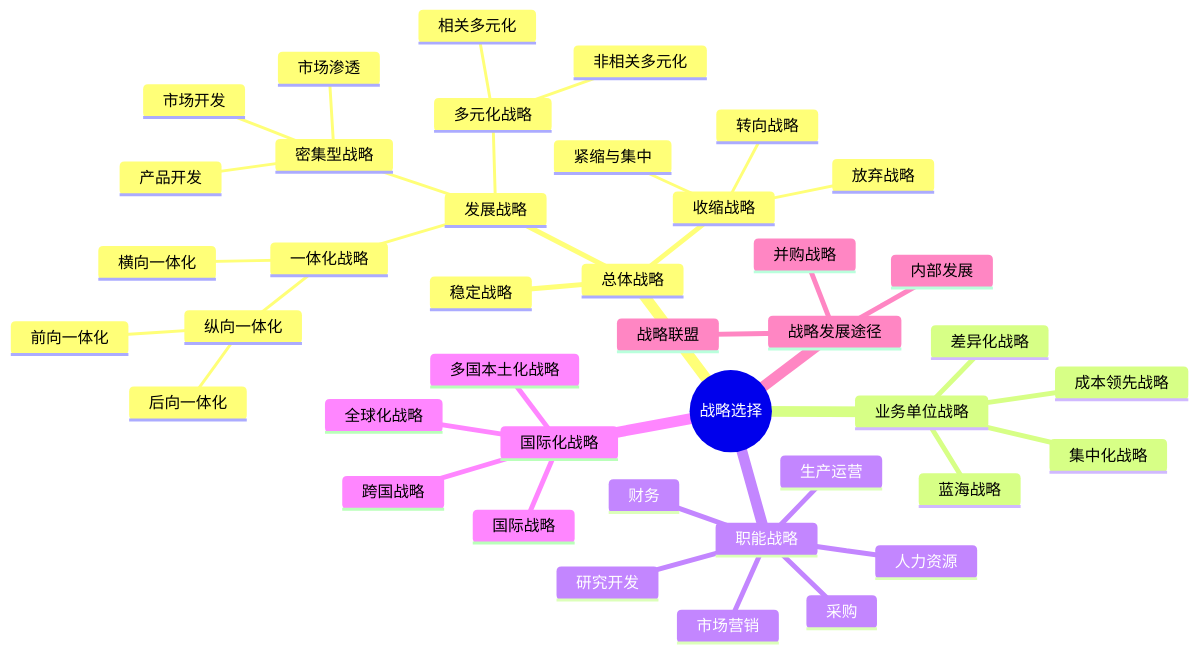
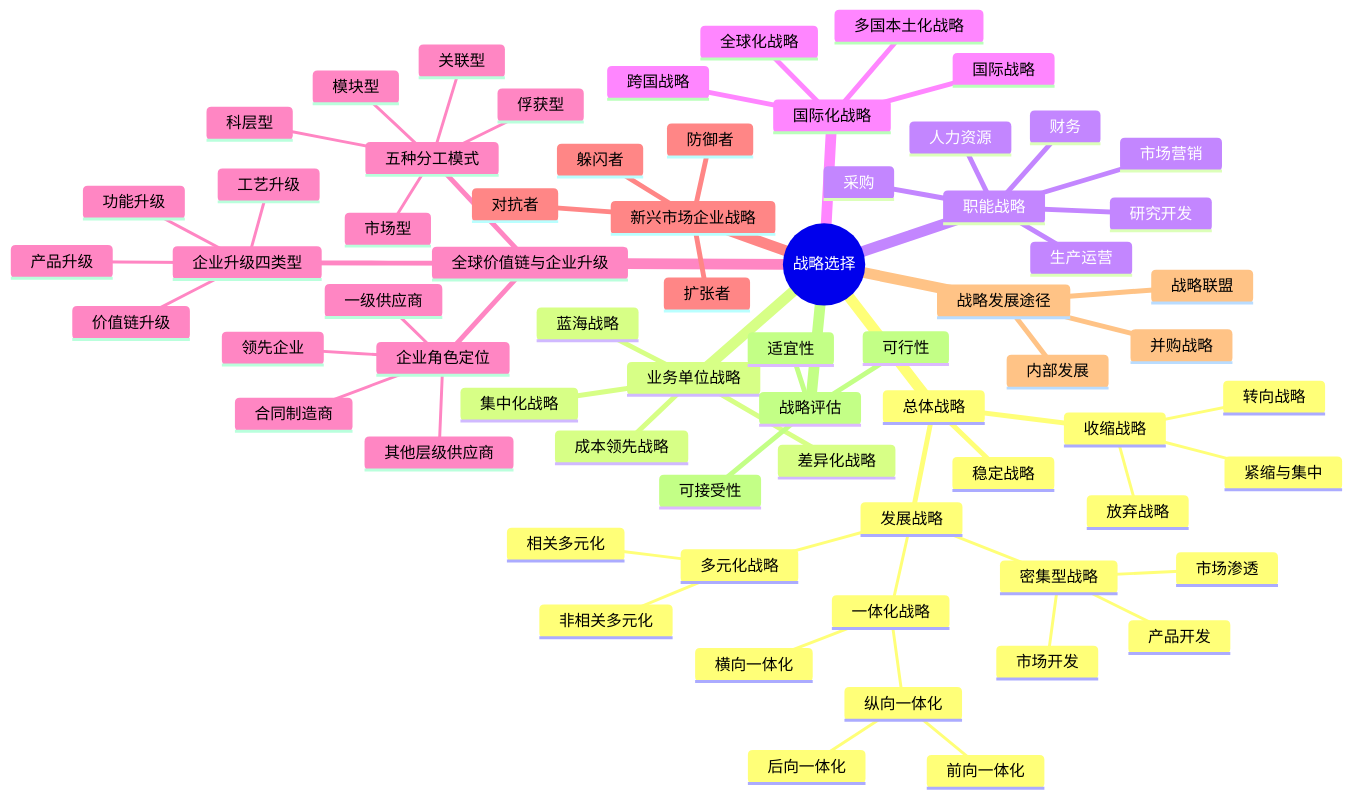
The diagram in content/learn/cpa/05-strategy/03-strategic-choice.md (106-official/deepsleep-blog), drawn with Mermaid before and after one commit. The commit also changed other lines of this file and 149 other files, not shown here.

````diff
--- a/content/learn/cpa/05-strategy/03-strategic-choice.md
+++ b/content/learn/cpa/05-strategy/03-strategic-choice.md
@@ -69,44 +68,70 @@
 ```mermaid
 mindmap
   root((战略选择))
     总体战略
       发展战略
         一体化战略
           纵向一体化
             前向一体化
             后向一体化
           横向一体化
         密集型战略
           市场渗透
           市场开发
           产品开发
         多元化战略
           相关多元化
           非相关多元化
       稳定战略
       收缩战略
         紧缩与集中
         转向战略
         放弃战略
     业务单位战略
       成本领先战略
       差异化战略
       集中化战略
       蓝海战略
     职能战略
       市场营销
       生产运营
       研究开发
       采购
       人力资源
       财务
     国际化战略
       国际战略
       多国本土化战略
       全球化战略
       跨国战略
+    全球价值链与企业升级
+      企业角色定位
+        领先企业
+        一级供应商
+        其他层级供应商
+        合同制造商
+      五种分工模式
+        科层型
+        市场型
+        俘获型
+        模块型
+        关联型
+      企业升级四类型
+        工艺升级
+        产品升级
+        功能升级
+        价值链升级
+    新兴市场企业战略
+      防御者
+      扩张者
+      躲闪者
+      对抗者
     战略发展途径
       内部发展
       并购战略
       战略联盟
+    战略评估
+      适宜性
+      可行性
+      可接受性
 ```
````
